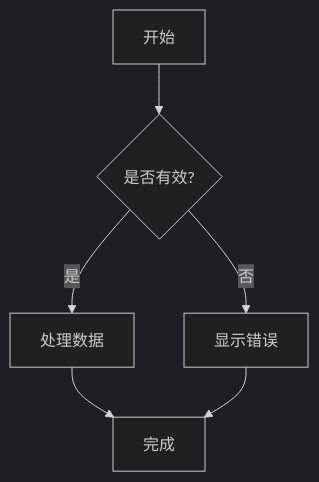
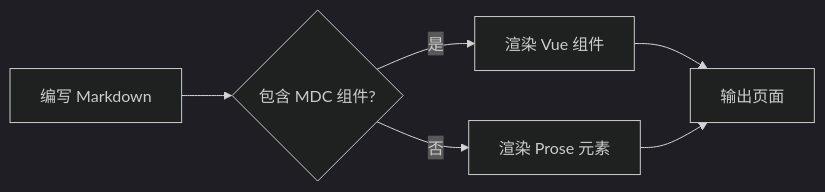
Before and after one commit to mhaibaraai/movk-nuxt-docs: the first of 7 diagrams in docs/content/docs/4.writing/5.mermaid.md, drawn with Mermaid (dark theme). The commit also changed other lines of this file and 34 other files, not shown here.

````diff
--- a/docs/content/docs/4.writing/5.mermaid.md
+++ b/docs/content/docs/4.writing/5.mermaid.md
@@ -63,8 +65,8 @@
 ```mermaid
-graph TD
-    A[开始] --> B{是否有效?}
-    B -->|是| C[处理数据]
-    B -->|否| D[显示错误]
-    C --> E[完成]
+flowchart LR
+    A[编写 Markdown] --> B{包含 MDC 组件?}
+    B -->|是| C[渲染 Vue 组件]
+    B -->|否| D[渲染 Prose 元素]
+    C --> E[输出页面]
     D --> E
 ```
````
